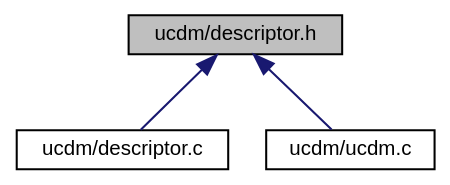
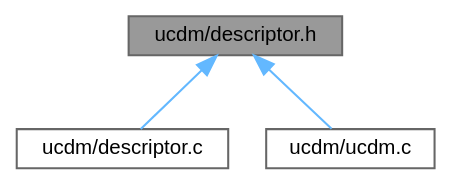
The diagram in descriptor_8h__dep__incl.dot (ebs-universe/piolib-ucdm), drawn with Graphviz before and after one commit. The commit also changed 365 other files, not shown here.

```diff
--- a/descriptor_8h__dep__incl.dot
+++ b/descriptor_8h__dep__incl.dot
@@ -1,13 +1,13 @@
 digraph "ucdm/descriptor.h"
 {
  // INTERACTIVE_SVG=YES
  // LATEX_PDF_SIZE
   bgcolor="transparent";
-  edge [fontname="Helvetica",fontsize="10",labelfontname="Helvetica",labelfontsize="10"];
-  node [fontname="Helvetica",fontsize="10",shape=record];
-  Node1 [label="ucdm/descriptor.h",height=0.2,width=0.4,color="black", fillcolor="grey75", style="filled", fontcolor="black",tooltip="Descriptor type definitions."];
-  Node1 -> Node2 [dir="back",color="midnightblue",fontsize="10",style="solid",fontname="Helvetica"];
-  Node2 [label="ucdm/descriptor.c",height=0.2,width=0.4,color="black",URL="$descriptor_8c.html",tooltip="Descriptor type definitions."];
-  Node1 -> Node3 [dir="back",color="midnightblue",fontsize="10",style="solid",fontname="Helvetica"];
-  Node3 [label="ucdm/ucdm.c",height=0.2,width=0.4,color="black",URL="$ucdm_8c.html",tooltip="Implementation the Unified Configuration and Data Manager."];
+  edge [fontname=Helvetica,fontsize=10,labelfontname=Helvetica,labelfontsize=10];
+  node [fontname=Helvetica,fontsize=10,shape=box,height=0.2,width=0.4];
+  Node1 [id="Node000001",label="ucdm/descriptor.h",height=0.2,width=0.4,color="gray40", fillcolor="grey60", style="filled", fontcolor="black",tooltip="Descriptor type definitions."];
+  Node1 -> Node2 [id="edge1_Node000001_Node000002",dir="back",color="steelblue1",style="solid",tooltip=" "];
+  Node2 [id="Node000002",label="ucdm/descriptor.c",height=0.2,width=0.4,color="grey40", fillcolor="white", style="filled",URL="$descriptor_8c.html",tooltip="Descriptor type definitions."];
+  Node1 -> Node3 [id="edge2_Node000001_Node000003",dir="back",color="steelblue1",style="solid",tooltip=" "];
+  Node3 [id="Node000003",label="ucdm/ucdm.c",height=0.2,width=0.4,color="grey40", fillcolor="white", style="filled",URL="$ucdm_8c.html",tooltip="Implementation the Unified Configuration and Data Manager."];
 }
```
